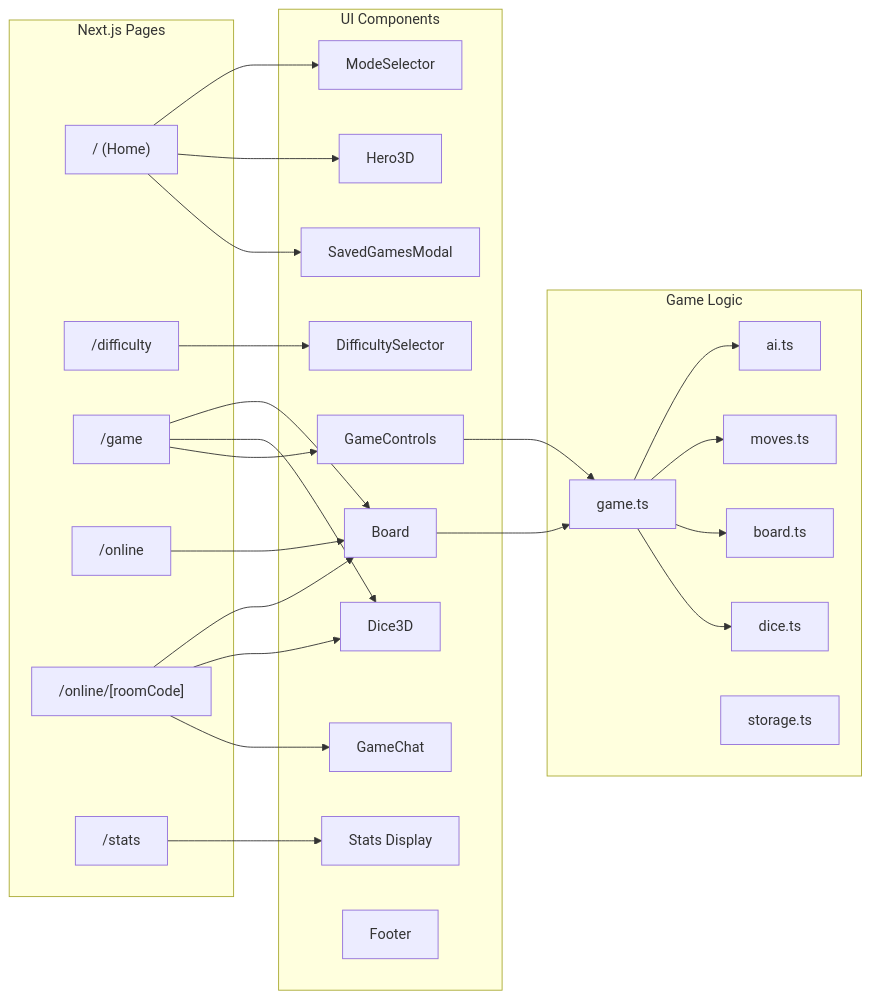
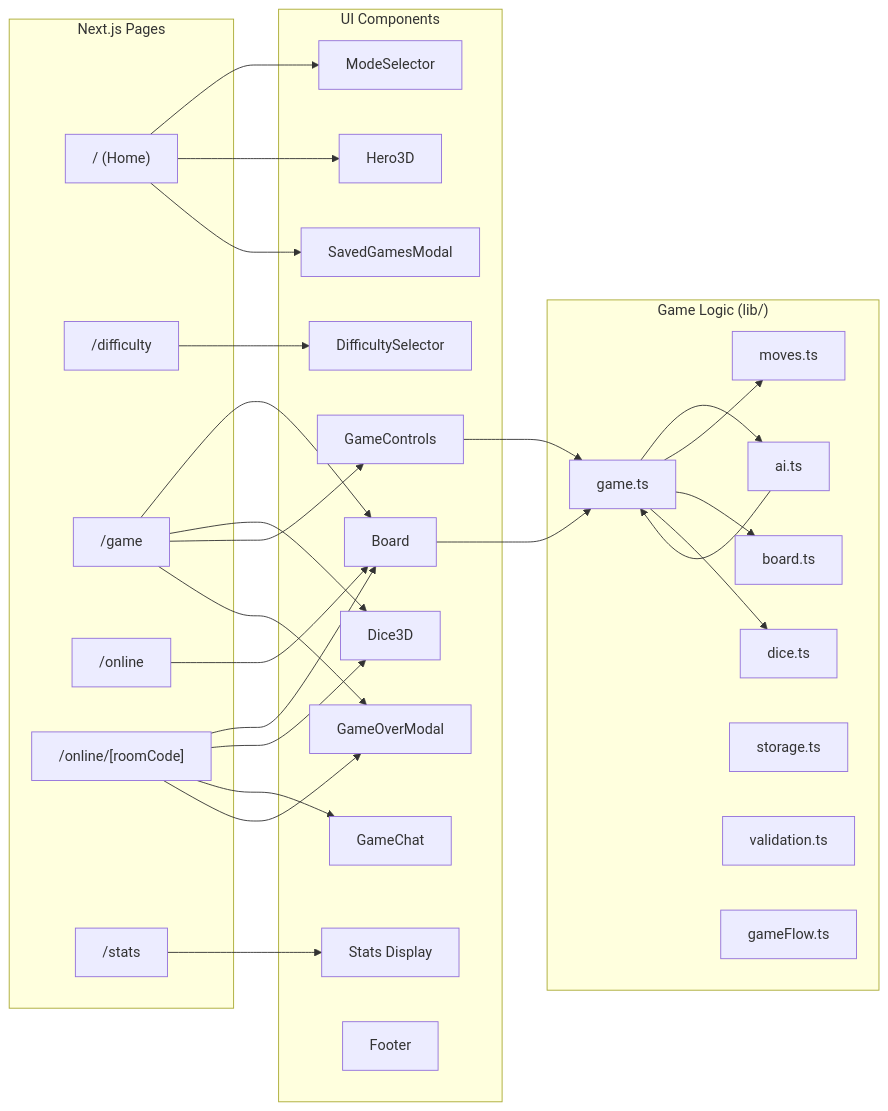
One commit to Technical-1/All-About-Me changed the second of 3 diagrams in public/data/portfolio/Simple-Backgammon/architecture.md. Above: the diagram before and after it, drawn with Mermaid. The commit also changed other lines of this file and 18 other files, not shown here.

````diff
--- a/public/data/portfolio/Simple-Backgammon/architecture.md
+++ b/public/data/portfolio/Simple-Backgammon/architecture.md
@@ -43,53 +43,60 @@
 ```mermaid
 flowchart LR
     subgraph Pages["Next.js Pages"]
         Home["/ (Home)"]
         Difficulty["/difficulty"]
         Game["/game"]
         Online["/online"]
         OnlineRoom["/online/[roomCode]"]
         Stats["/stats"]
     end
 
     subgraph Components["UI Components"]
         ModeSelector
         DifficultySelector
         Board
         Dice3D
         Hero3D
         GameControls
         GameChat
+        GameOverModal
         SavedGamesModal
         Stats_Comp["Stats Display"]
         Footer
     end
 
-    subgraph Logic["Game Logic"]
+    subgraph Logic["Game Logic (lib/)"]
         GameModule["game.ts"]
         AIModule["ai.ts"]
         MovesModule["moves.ts"]
         BoardModule["board.ts"]
         DiceModule["dice.ts"]
         StorageModule["storage.ts"]
+        ValidationModule["validation.ts"]
+        FlowModule["gameFlow.ts"]
     end
 
     Home --> ModeSelector
     Home --> Hero3D
     Home --> SavedGamesModal
     Difficulty --> DifficultySelector
     Game --> Board
     Game --> Dice3D
     Game --> GameControls
+    Game --> GameOverModal
     Online --> Board
     OnlineRoom --> Board
     OnlineRoom --> Dice3D
     OnlineRoom --> GameChat
+    OnlineRoom --> GameOverModal
     Stats --> Stats_Comp
 
     Board --> GameModule
     GameControls --> GameModule
     GameModule --> AIModule
     GameModule --> MovesModule
     GameModule --> BoardModule
     GameModule --> DiceModule
+
+    AIModule --> GameModule
 ```
````
